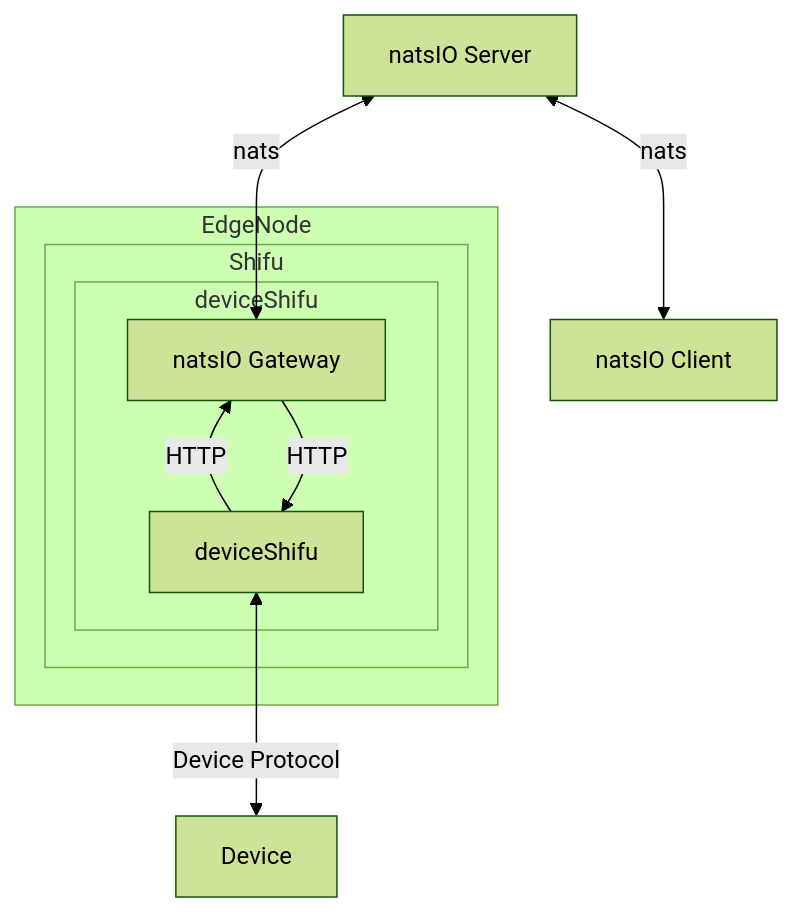
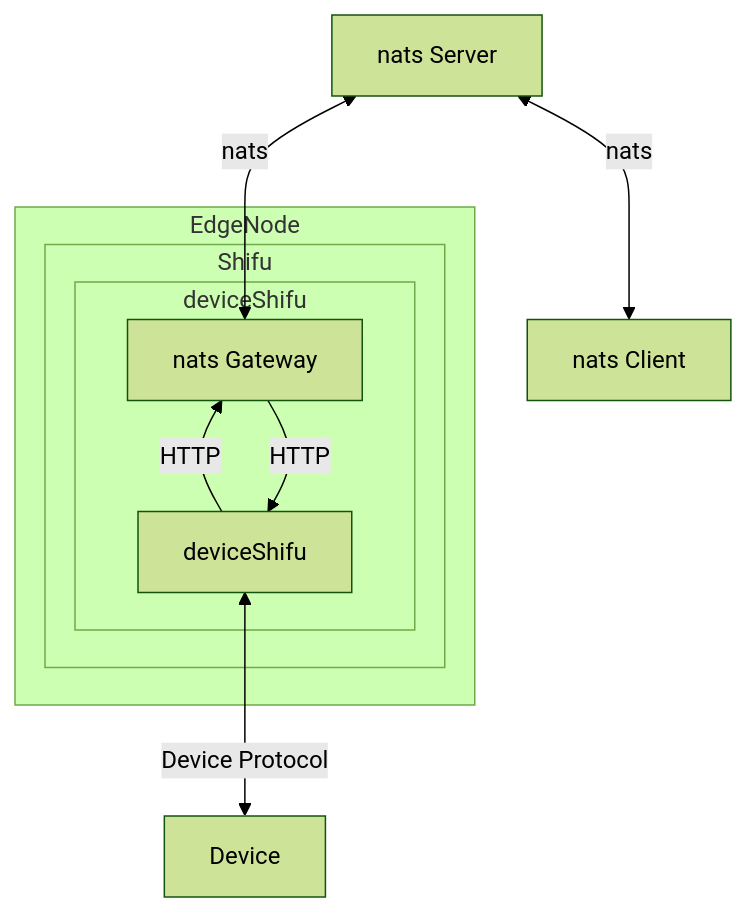
Before and after one commit to Edgenesis/shifu: the first of 3 diagrams in docs/design/gateway/natsio-gateway.md, drawn with Mermaid (forest theme). The commit also changed other lines of this file, not shown here.

Commit message:
improve the graph

````diff
--- a/docs/design/gateway/natsio-gateway.md
+++ b/docs/design/gateway/natsio-gateway.md
@@ -25,25 +25,25 @@
 ```mermaid
 flowchart BT
 
 device[Device]
 
 subgraph EdgeNode
     subgraph Shifu
         subgraph deviceShifu
-            gw[natsIO Gateway]
+            gw[nats Gateway]
             ds[deviceShifu]
 
             ds -->|HTTP| gw
             gw -->|HTTP| ds
         end
     end
 end
 
-natsioclient[natsIO Client]
-natsio[natsIO Server]
+natsclient[nats Client]
+nats[nats Server]
 
-gw <-->|nats| natsio
-natsioclient <-->|nats| natsio
+gw <-->|nats| nats
+natsclient <-->|nats| nats
 
 device <-->|Device Protocol| ds
 ```
````
